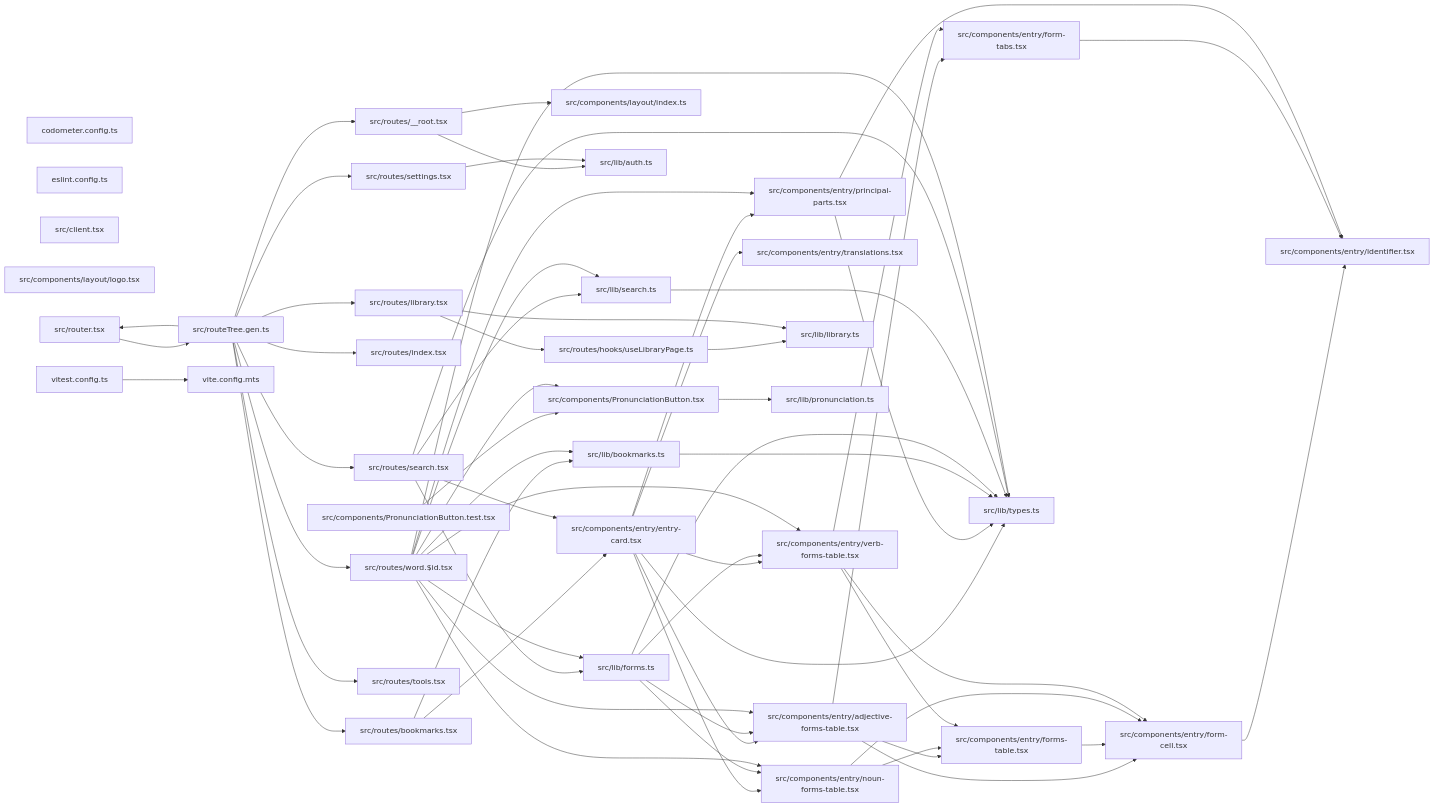
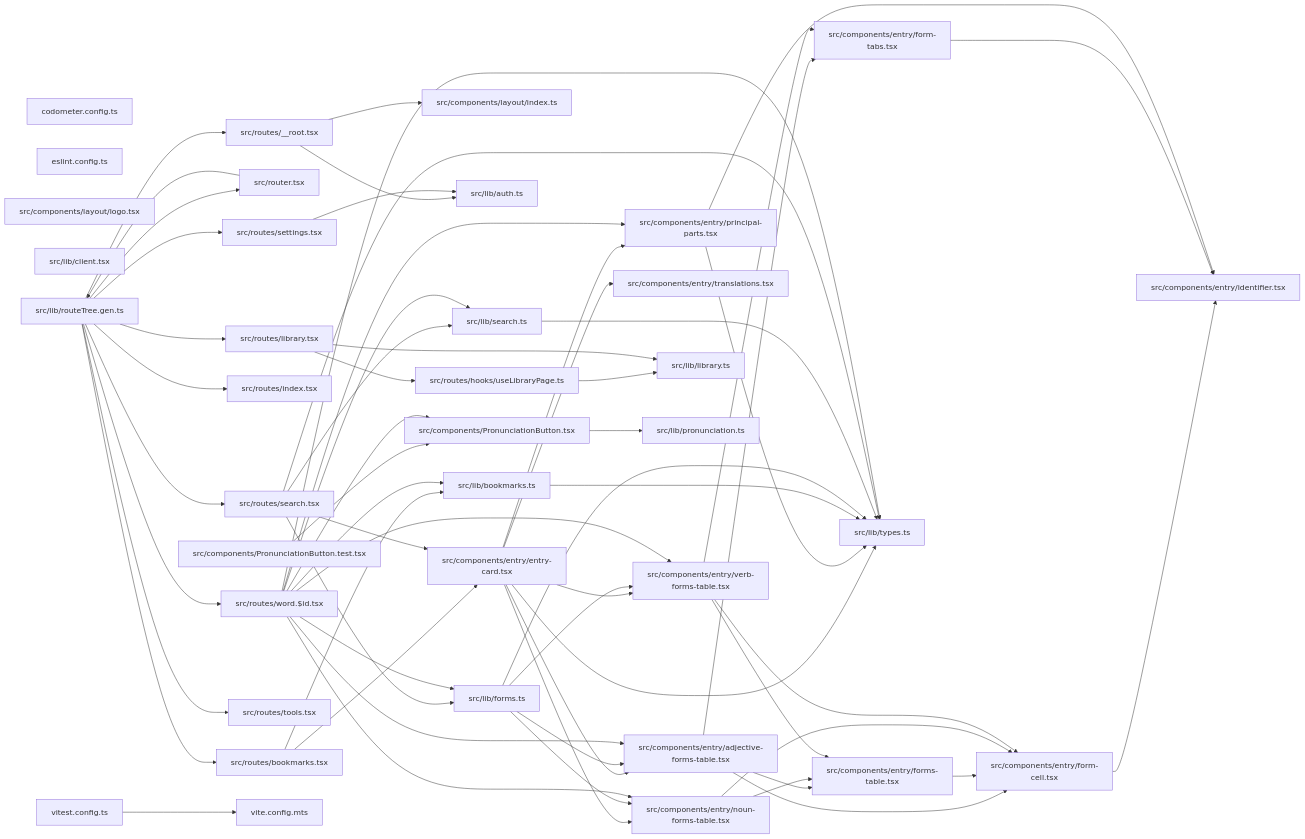
The second of 2 diagrams in applications/lexico/README.md (JimmyPaolini/codebase), drawn with Mermaid before and after one commit. The commit also changed 5 other files, not shown here.

Commit message:
fix(callidescope,configuration,lexico): 🐛 repair the paths left stale by the routeTree move

````diff
--- a/applications/lexico/README.md
+++ b/applications/lexico/README.md
@@ -507,7 +507,6 @@
 graph LR
   file_codometer_config_ts["codometer.config.ts"]
   file_eslint_config_ts["eslint.config.ts"]
-  file_src_client_tsx["src/client.tsx"]
   file_src_components_entry_adjective_forms_table_tsx["src/components/entry/adjective-forms-table.tsx"]
   file_src_components_entry_entry_card_tsx["src/components/entry/entry-card.tsx"]
   file_src_components_entry_form_cell_tsx["src/components/entry/form-cell.tsx"]
@@ -524,9 +523,11 @@
   file_src_components_PronunciationButton_tsx["src/components/PronunciationButton.tsx"]
   file_src_lib_auth_ts["src/lib/auth.ts"]
   file_src_lib_bookmarks_ts["src/lib/bookmarks.ts"]
+  file_src_lib_client_tsx["src/lib/client.tsx"]
   file_src_lib_forms_ts["src/lib/forms.ts"]
   file_src_lib_library_ts["src/lib/library.ts"]
   file_src_lib_pronunciation_ts["src/lib/pronunciation.ts"]
+  file_src_lib_routeTree_gen_ts["src/lib/routeTree.gen.ts"]
   file_src_lib_search_ts["src/lib/search.ts"]
   file_src_lib_types_ts["src/lib/types.ts"]
   file_src_router_tsx["src/router.tsx"]
@@ -539,7 +540,6 @@
   file_src_routes_settings_tsx["src/routes/settings.tsx"]
   file_src_routes_tools_tsx["src/routes/tools.tsx"]
   file_src_routes_word__id_tsx["src/routes/word.$id.tsx"]
-  file_src_routeTree_gen_ts["src/routeTree.gen.ts"]
   file_vite_config_mts["vite.config.mts"]
   file_vitest_config_ts["vitest.config.ts"]
   file_src_components_entry_adjective_forms_table_tsx --> file_src_components_entry_form_cell_tsx
@@ -568,8 +568,17 @@
   file_src_lib_forms_ts --> file_src_components_entry_noun_forms_table_tsx
   file_src_lib_forms_ts --> file_src_components_entry_verb_forms_table_tsx
   file_src_lib_forms_ts --> file_src_lib_types_ts
+  file_src_lib_routeTree_gen_ts --> file_src_router_tsx
+  file_src_lib_routeTree_gen_ts --> file_src_routes___root_tsx
+  file_src_lib_routeTree_gen_ts --> file_src_routes_bookmarks_tsx
+  file_src_lib_routeTree_gen_ts --> file_src_routes_index_tsx
+  file_src_lib_routeTree_gen_ts --> file_src_routes_library_tsx
+  file_src_lib_routeTree_gen_ts --> file_src_routes_search_tsx
+  file_src_lib_routeTree_gen_ts --> file_src_routes_settings_tsx
+  file_src_lib_routeTree_gen_ts --> file_src_routes_tools_tsx
+  file_src_lib_routeTree_gen_ts --> file_src_routes_word__id_tsx
   file_src_lib_search_ts --> file_src_lib_types_ts
-  file_src_router_tsx --> file_src_routeTree_gen_ts
+  file_src_router_tsx --> file_src_lib_routeTree_gen_ts
   file_src_routes___root_tsx --> file_src_components_layout_index_ts
   file_src_routes___root_tsx --> file_src_lib_auth_ts
   file_src_routes_bookmarks_tsx --> file_src_components_entry_entry_card_tsx
@@ -591,14 +600,5 @@
   file_src_routes_word__id_tsx --> file_src_lib_forms_ts
   file_src_routes_word__id_tsx --> file_src_lib_search_ts
   file_src_routes_word__id_tsx --> file_src_lib_types_ts
-  file_src_routeTree_gen_ts --> file_src_router_tsx
-  file_src_routeTree_gen_ts --> file_src_routes___root_tsx
-  file_src_routeTree_gen_ts --> file_src_routes_bookmarks_tsx
-  file_src_routeTree_gen_ts --> file_src_routes_index_tsx
-  file_src_routeTree_gen_ts --> file_src_routes_library_tsx
-  file_src_routeTree_gen_ts --> file_src_routes_search_tsx
-  file_src_routeTree_gen_ts --> file_src_routes_settings_tsx
-  file_src_routeTree_gen_ts --> file_src_routes_tools_tsx
-  file_src_routeTree_gen_ts --> file_src_routes_word__id_tsx
   file_vitest_config_ts --> file_vite_config_mts
 ```
````
